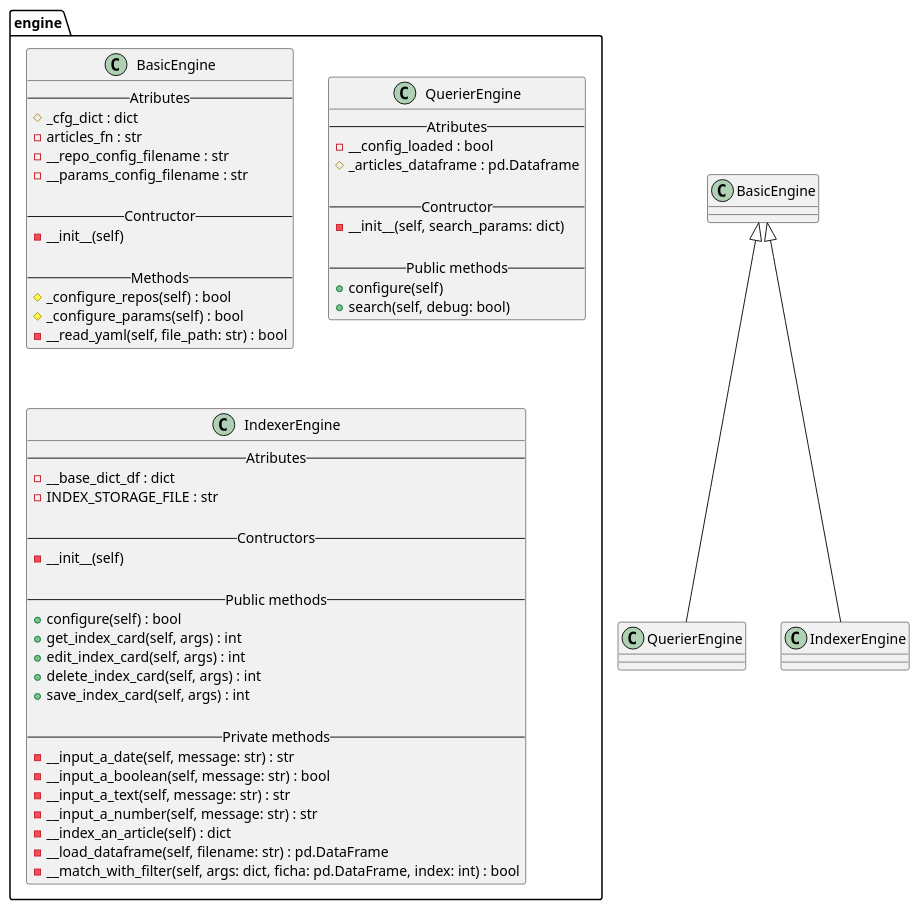
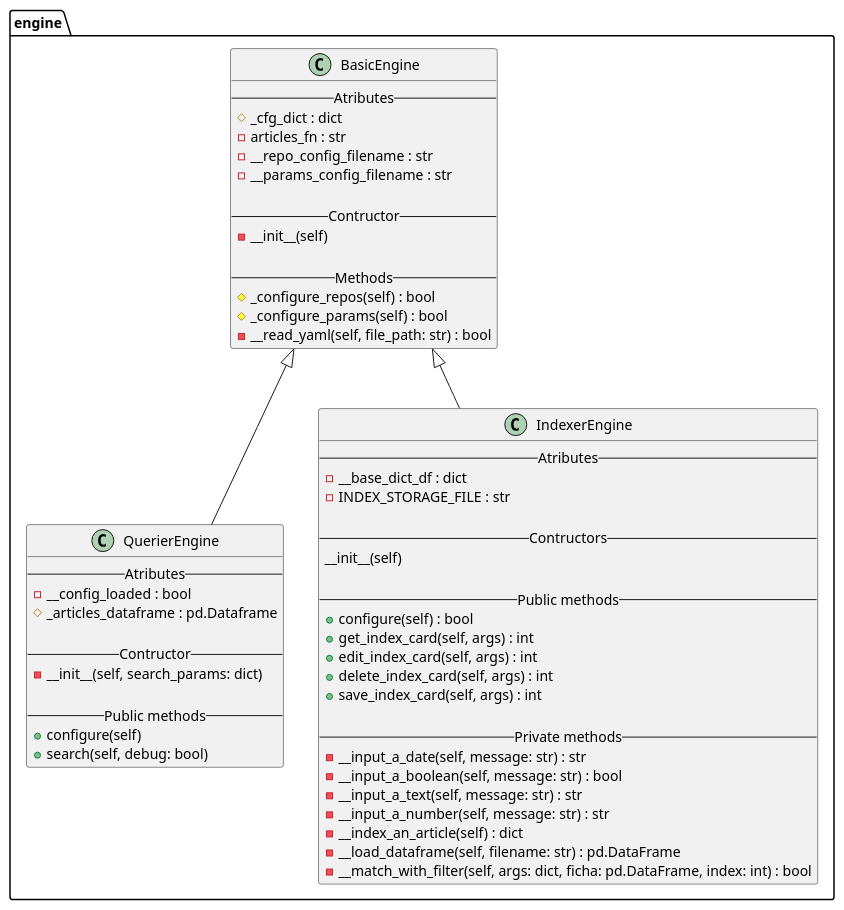
Before and after one commit to JCMiguel/repository-reviewer: the diagram in docs/engine.wsd, drawn with PlantUML.

Commit message:
Corrige engine.wsd

```diff
--- a/docs/engine.wsd
+++ b/docs/engine.wsd
@@ -1,62 +1,63 @@
 @startuml
 
-BasicEngine <|-- QuerierEngine
-BasicEngine <|-- IndexerEngine
 
 package engine {
   class BasicEngine {
       -- Atributes --
       # _cfg_dict : dict
       - articles_fn : str
       - __repo_config_filename : str
       - __params_config_filename : str
 
       -- Contructor --
       - __init__(self)
 
       -- Methods --
       # _configure_repos(self) : bool
       # _configure_params(self) : bool
       - __read_yaml(self, file_path: str) : bool
   }
 
   class QuerierEngine {
       -- Atributes --
       - __config_loaded : bool
       # _articles_dataframe : pd.Dataframe
 
       -- Contructor --
       - __init__(self, search_params: dict)
 
       -- Public methods --
       + configure(self)
       + search(self, debug: bool)
   }
 
   class IndexerEngine {
       -- Atributes --
       - __base_dict_df : dict
       - INDEX_STORAGE_FILE : str
 
       -- Contructors --
-      - __init__(self)
+       __init__(self)
 
       -- Public methods --
       + configure(self) : bool
       + get_index_card(self, args) : int
       + edit_index_card(self, args) : int
       + delete_index_card(self, args) : int
       + save_index_card(self, args) : int
 
       -- Private methods --
       - __input_a_date(self, message: str) : str
       - __input_a_boolean(self, message: str) : bool
       - __input_a_text(self, message: str) : str
       - __input_a_number(self, message: str) : str
       - __index_an_article(self) : dict
       - __load_dataframe(self, filename: str) : pd.DataFrame
       - __match_with_filter(self, args: dict, ficha: pd.DataFrame, index: int) : bool
   }
 }
 
+BasicEngine <|-- QuerierEngine
+BasicEngine <|-- IndexerEngine
+
 @enduml
```
